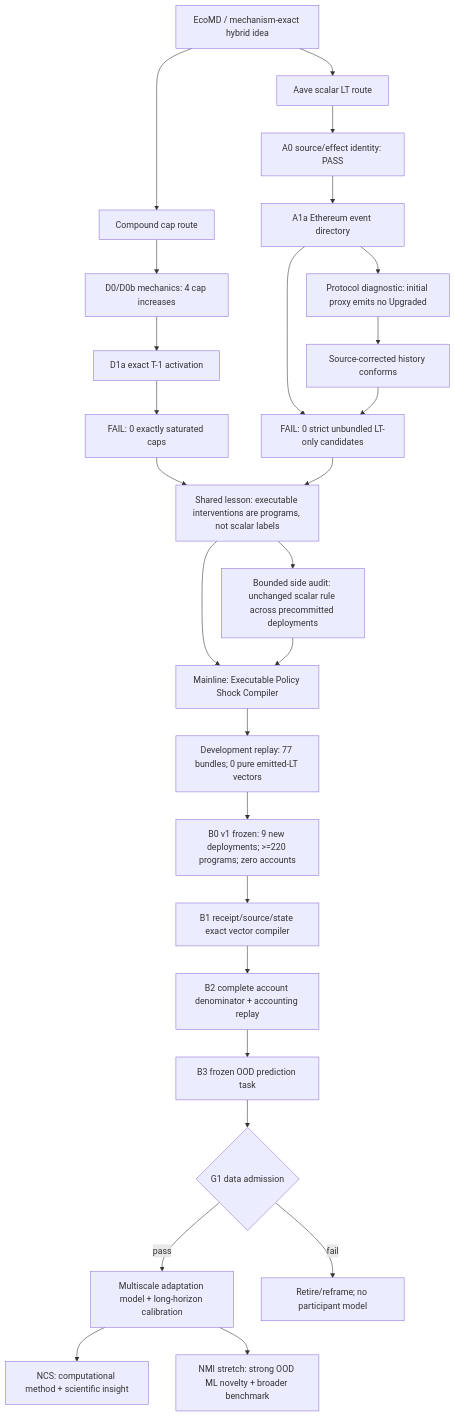
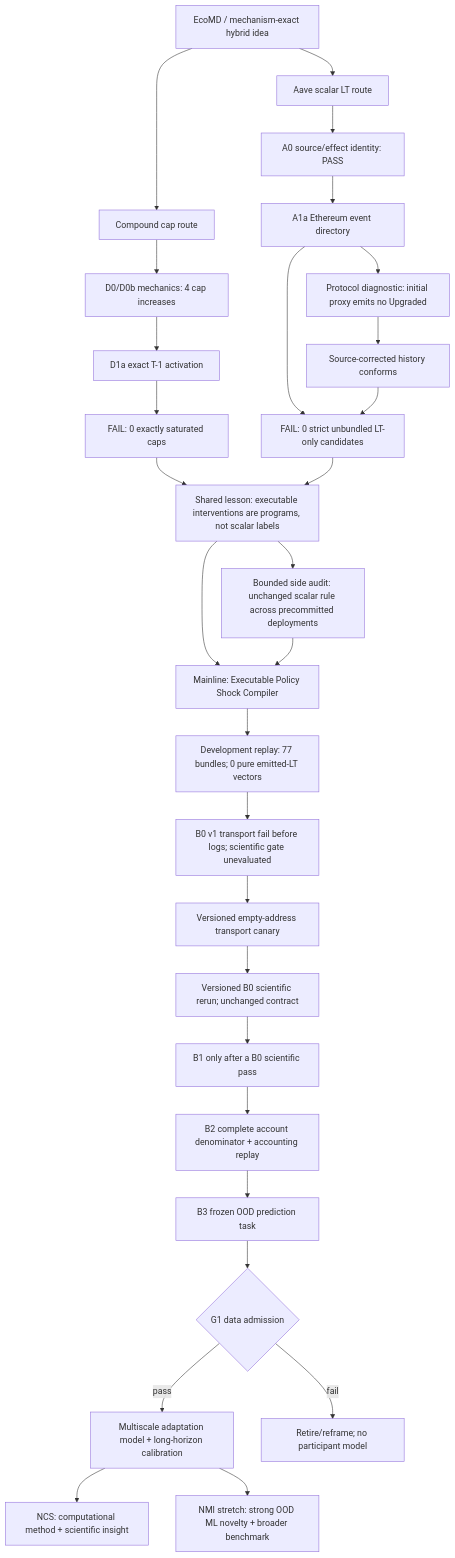
One commit to howardwang1997/ecophys changed the diagram in papers/proposal/v14_policy_shock_research_topology_2026-08-16.md. Above: the diagram before and after it, drawn with Mermaid. The commit also changed other lines of this file and 9 other files, not shown here.

````diff
--- a/papers/proposal/v14_policy_shock_research_topology_2026-08-16.md
+++ b/papers/proposal/v14_policy_shock_research_topology_2026-08-16.md
@@ -6,29 +6,31 @@
 ```mermaid
 flowchart TD
     E[EcoMD / mechanism-exact hybrid idea] --> C[Compound cap route]
     E --> A[Aave scalar LT route]
     C --> C0[D0/D0b mechanics: 4 cap increases]
     C0 --> C1[D1a exact T-1 activation]
     C1 --> CF[FAIL: 0 exactly saturated caps]
     A --> A0[A0 source/effect identity: PASS]
     A0 --> A1[A1a Ethereum event directory]
     A1 --> AF[FAIL: 0 strict unbundled LT-only candidates]
     A1 --> PD[Protocol diagnostic: initial proxy emits no Upgraded]
     PD --> HC[Source-corrected history conforms]
     HC --> AF
     CF --> S[Shared lesson: executable interventions are programs, not scalar labels]
     AF --> S
     S --> V[Mainline: Executable Policy Shock Compiler]
     S --> XS[Bounded side audit: unchanged scalar rule across precommitted deployments]
     XS --> V
     V --> E0[Development replay: 77 bundles; 0 pure emitted-LT vectors]
-    E0 --> B0[B0 v1 frozen: 9 new deployments; >=220 programs; zero accounts]
-    B0 --> B1[B1 receipt/source/state exact vector compiler]
+    E0 --> B0[B0 v1 transport fail before logs; scientific gate unevaluated]
+    B0 --> T0[Versioned empty-address transport canary]
+    T0 --> B0V2[Versioned B0 scientific rerun; unchanged contract]
+    B0V2 --> B1[B1 only after a B0 scientific pass]
     B1 --> B2[B2 complete account denominator + accounting replay]
     B2 --> B3[B3 frozen OOD prediction task]
     B3 --> G1{G1 data admission}
     G1 -->|pass| M[Multiscale adaptation model + long-horizon calibration]
     G1 -->|fail| R[Retire/reframe; no participant model]
     M --> NCS[NCS: computational method + scientific insight]
     M --> NMI[NMI stretch: strong OOD ML novelty + broader benchmark]
 ```
````
